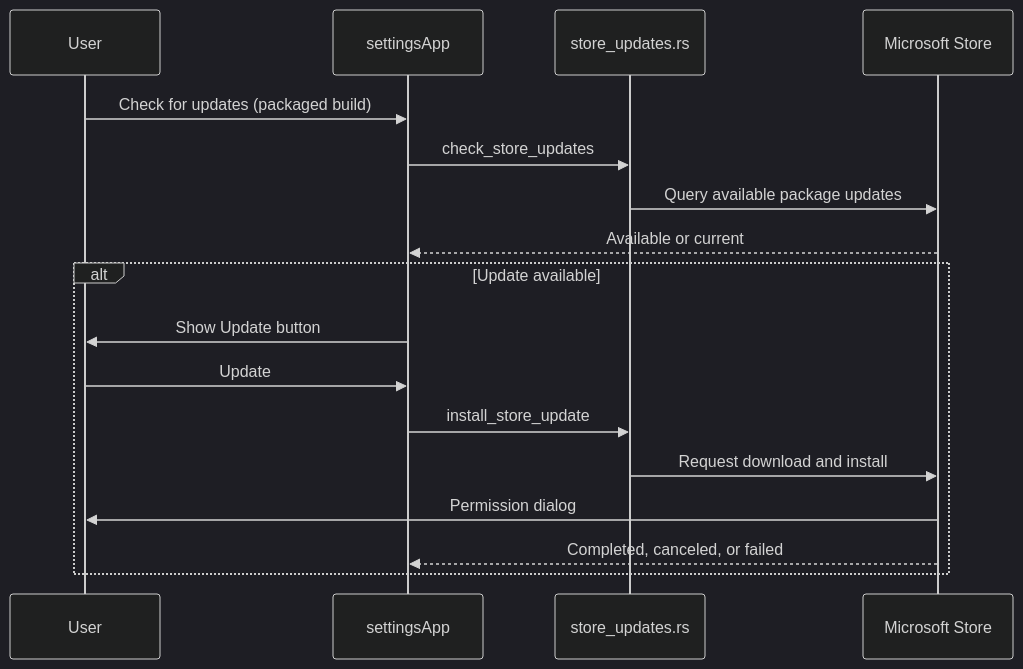
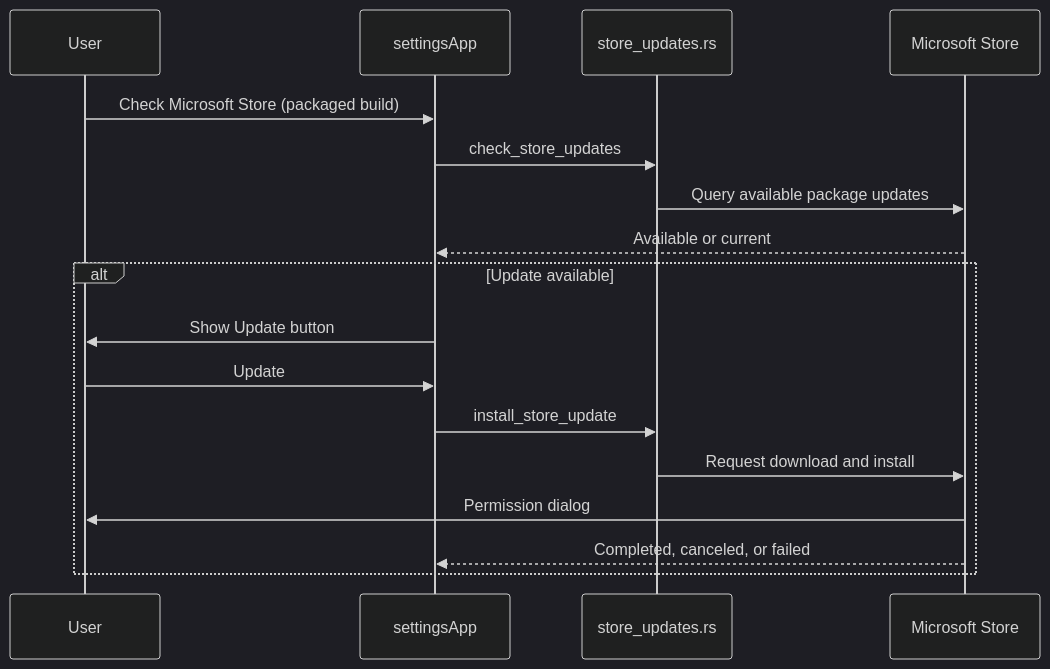
Before and after one commit to tbkmax/TopClock: the second of 5 diagrams in src/doc/workflow_diagram.md, drawn with Mermaid (dark theme). The commit also changed other lines of this file and 8 other files, not shown here.

````diff
--- a/src/doc/workflow_diagram.md
+++ b/src/doc/workflow_diagram.md
@@ -27,19 +27,19 @@
 ```mermaid
 sequenceDiagram
     participant User
     participant Settings as settingsApp
     participant Rust as store_updates.rs
     participant Store as Microsoft Store
-    User->>Settings: Check for updates (packaged build)
+    User->>Settings: Check Microsoft Store (packaged build)
     Settings->>Rust: check_store_updates
     Rust->>Store: Query available package updates
     Store-->>Settings: Available or current
     alt Update available
         Settings->>User: Show Update button
         User->>Settings: Update
         Settings->>Rust: install_store_update
         Rust->>Store: Request download and install
         Store->>User: Permission dialog
         Store-->>Settings: Completed, canceled, or failed
     end
 ```
````
